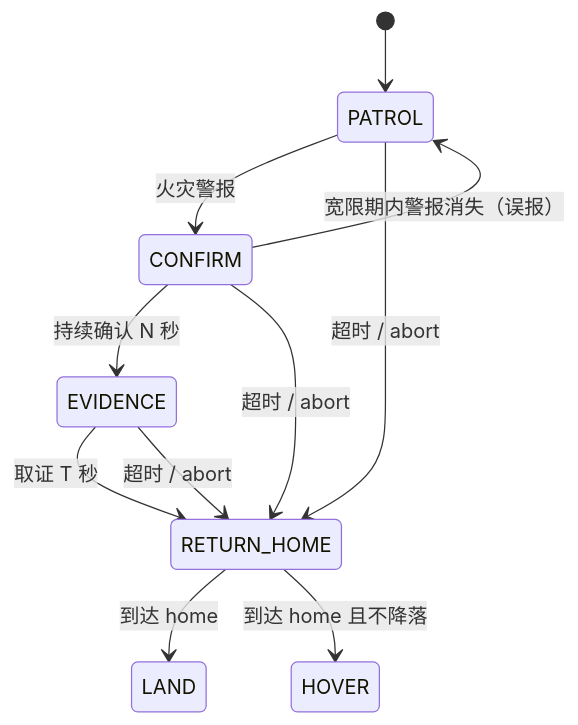
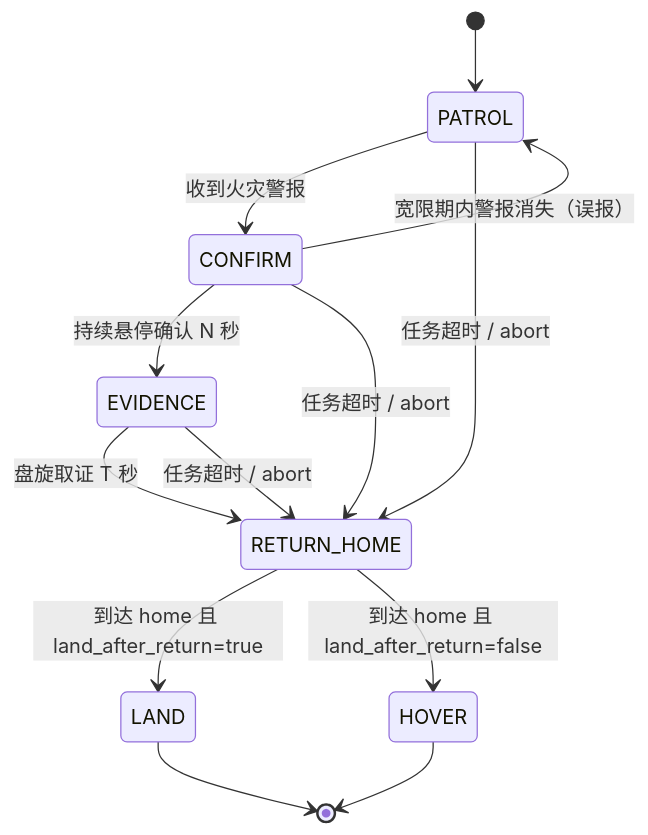
Before and after one commit to OpenHUTB/ros2: the second of 2 diagrams in docs/air/fire_detection_drone.md, drawn with Mermaid. The commit also changed other lines of this file and 2 other files, not shown here.

````diff
--- a/docs/air/fire_detection_drone.md
+++ b/docs/air/fire_detection_drone.md
@@ -37,13 +71,15 @@
 ```mermaid
 stateDiagram-v2
     [*] --> PATROL
-    PATROL --> CONFIRM: 火灾警报
+    PATROL --> CONFIRM: 收到火灾警报
     CONFIRM --> PATROL: 宽限期内警报消失（误报）
-    CONFIRM --> EVIDENCE: 持续确认 N 秒
-    EVIDENCE --> RETURN_HOME: 取证 T 秒
-    PATROL --> RETURN_HOME: 超时 / abort
-    CONFIRM --> RETURN_HOME: 超时 / abort
-    EVIDENCE --> RETURN_HOME: 超时 / abort
-    RETURN_HOME --> LAND: 到达 home
-    RETURN_HOME --> HOVER: 到达 home 且不降落
+    CONFIRM --> EVIDENCE: 持续悬停确认 N 秒
+    EVIDENCE --> RETURN_HOME: 盘旋取证 T 秒
+    PATROL --> RETURN_HOME: 任务超时 / abort
+    CONFIRM --> RETURN_HOME: 任务超时 / abort
+    EVIDENCE --> RETURN_HOME: 任务超时 / abort
+    RETURN_HOME --> LAND: 到达 home 且 land_after_return=true
+    RETURN_HOME --> HOVER: 到达 home 且 land_after_return=false
+    LAND --> [*]
+    HOVER --> [*]
 ```
````
